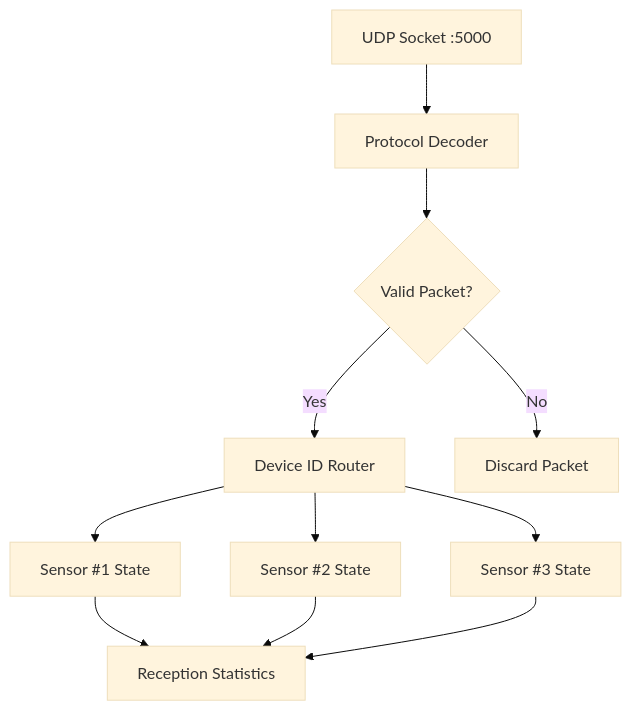
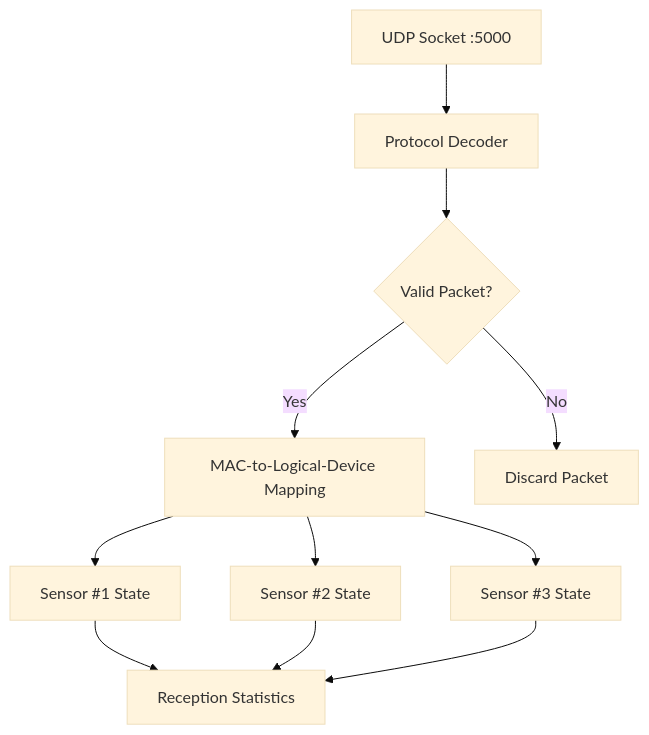
One commit to Neko-vecter/inverted-pendulum-sensor changed the third of 4 diagrams in docs/architecture.md. Above: the diagram before and after it, drawn with Mermaid (base theme). The commit also changed other lines of this file and 13 other files, not shown here.

````diff
--- a/docs/architecture.md
+++ b/docs/architecture.md
@@ -74,27 +77,27 @@
 ```mermaid
 flowchart TD
     UDP["UDP Socket :5000"]
     Decoder["Protocol Decoder"]
     Validate{"Valid Packet?"}
-    Router["Device ID Router"]
+    Router["MAC-to-Logical-Device Mapping"]
 
     S1["Sensor #1 State"]
     S2["Sensor #2 State"]
     S3["Sensor #3 State"]
 
     Stats["Reception Statistics"]
 
     UDP --> Decoder
     Decoder --> Validate
 
     Validate -->|Yes| Router
     Validate -->|No| Drop["Discard Packet"]
 
     Router --> S1
     Router --> S2
     Router --> S3
 
     S1 --> Stats
     S2 --> Stats
     S3 --> Stats
 ```
````
